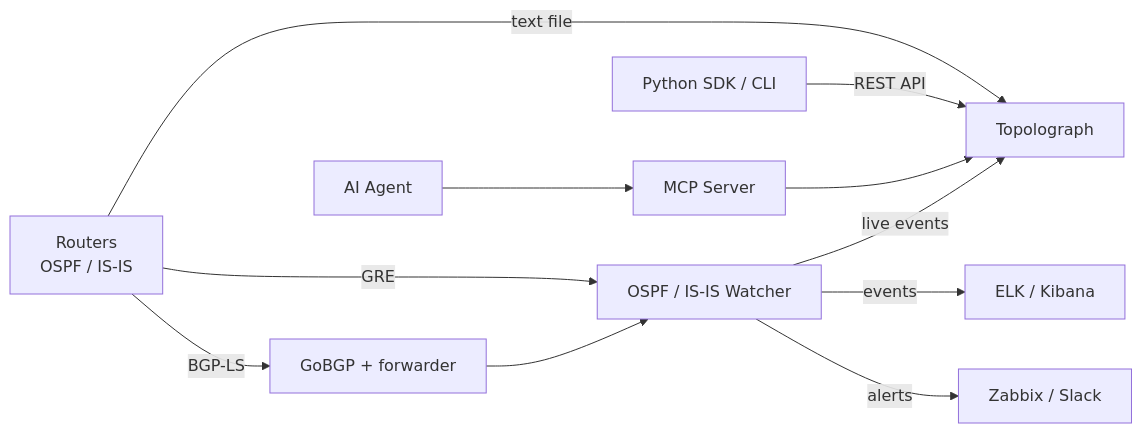
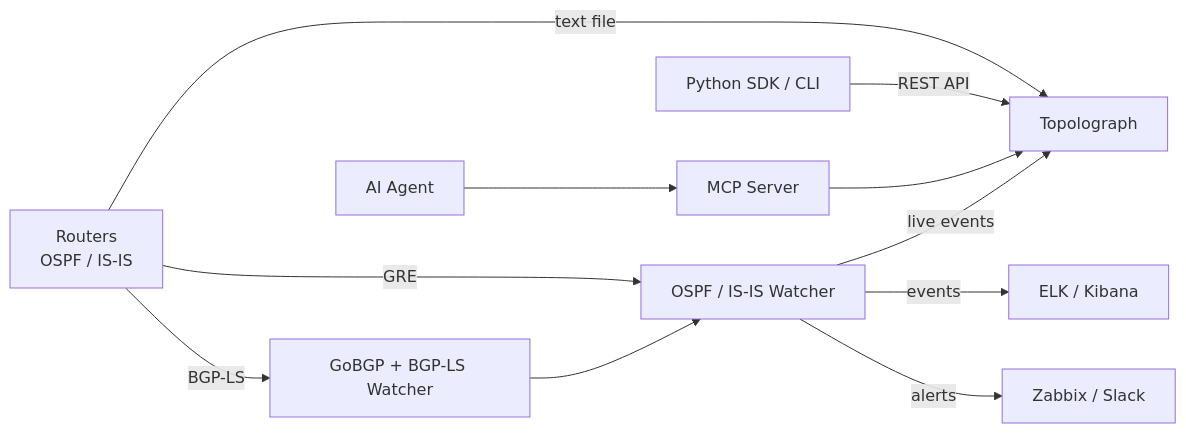
One commit to Vadims06/topolograph changed the diagram in docs/getting-started/what-is-topolograph.md. Above: the diagram before and after it, drawn with Mermaid. The commit also changed other lines of this file and 193 other files, not shown here.

````diff
--- a/docs/getting-started/what-is-topolograph.md
+++ b/docs/getting-started/what-is-topolograph.md
@@ -58,13 +58,13 @@
 ```mermaid
 flowchart LR
     R[Routers<br/>OSPF / IS-IS] -->|text file| T
     R -->|GRE| OW[OSPF / IS-IS Watcher]
-    R -->|BGP-LS| GB[GoBGP + forwarder]
+    R -->|BGP-LS| GB[GoBGP + BGP-LS Watcher]
     GB --> OW
     OW -->|live events| T[Topolograph]
     OW -->|events| ELK[ELK / Kibana]
     OW -->|alerts| Z[Zabbix / Slack]
     SDK[Python SDK / CLI] -->|REST API| T
     MCP[MCP Server] --> T
     AI[AI Agent] --> MCP
 ```
````
